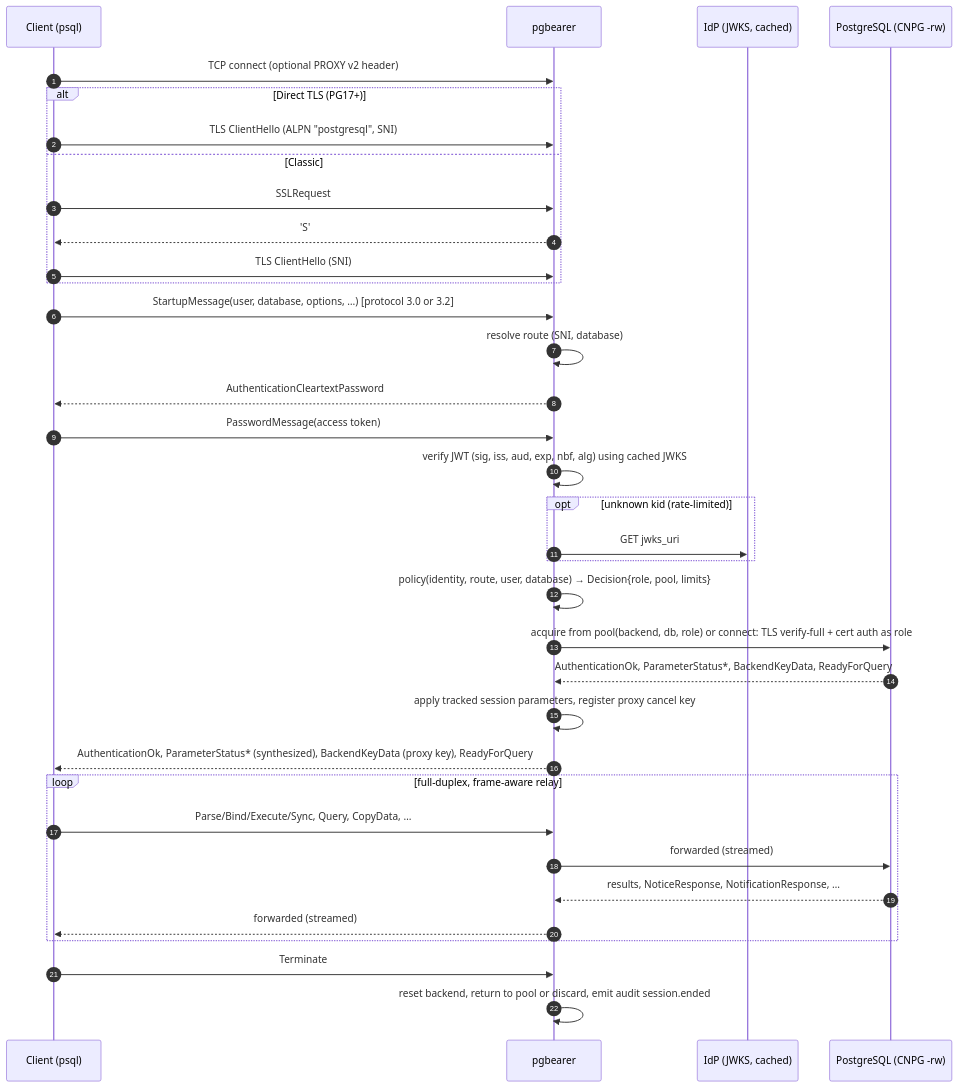
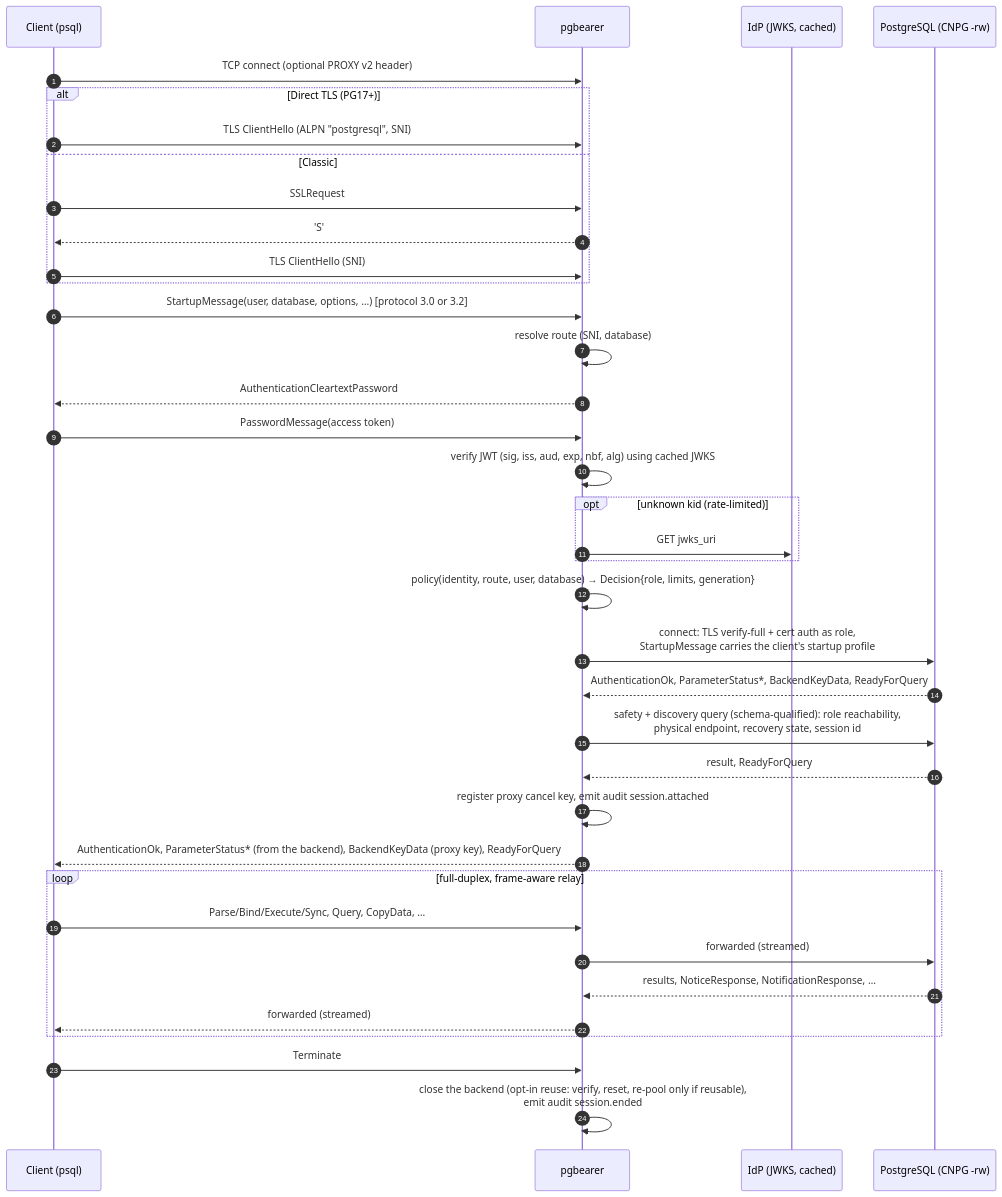
One commit to egkristi/pgbearer changed the third of 4 diagrams in ARCHITECTURE.md. Above: the diagram before and after it, drawn with Mermaid. The commit also changed other lines of this file, not shown here.

First line of the commit message:
Revise the architecture after the design audit

````diff
--- a/ARCHITECTURE.md
+++ b/ARCHITECTURE.md
@@ -277,38 +298,40 @@
 ```mermaid
 sequenceDiagram
     autonumber
     participant C as Client (psql)
     participant P as pgbearer
     participant I as IdP (JWKS, cached)
     participant B as PostgreSQL (CNPG -rw)
 
     C->>P: TCP connect (optional PROXY v2 header)
     alt Direct TLS (PG17+)
         C->>P: TLS ClientHello (ALPN "postgresql", SNI)
     else Classic
         C->>P: SSLRequest
         P-->>C: 'S'
         C->>P: TLS ClientHello (SNI)
     end
     C->>P: StartupMessage(user, database, options, …) [protocol 3.0 or 3.2]
     P->>P: resolve route (SNI, database)
     P-->>C: AuthenticationCleartextPassword
     C->>P: PasswordMessage(access token)
     P->>P: verify JWT (sig, iss, aud, exp, nbf, alg) using cached JWKS
     opt unknown kid (rate-limited)
         P->>I: GET jwks_uri
     end
-    P->>P: policy(identity, route, user, database) → Decision{role, pool, limits}
-    P->>B: acquire from pool(backend, db, role) or connect: TLS verify-full + cert auth as role
+    P->>P: policy(identity, route, user, database) → Decision{role, limits, generation}
+    P->>B: connect: TLS verify-full + cert auth as role,<br/>StartupMessage carries the client's startup profile
     B-->>P: AuthenticationOk, ParameterStatus*, BackendKeyData, ReadyForQuery
-    P->>P: apply tracked session parameters, register proxy cancel key
-    P-->>C: AuthenticationOk, ParameterStatus* (synthesized), BackendKeyData (proxy key), ReadyForQuery
+    P->>B: safety + discovery query (schema-qualified): role reachability,<br/>physical endpoint, recovery state, session id
+    B-->>P: result, ReadyForQuery
+    P->>P: register proxy cancel key, emit audit session.attached
+    P-->>C: AuthenticationOk, ParameterStatus* (from the backend), BackendKeyData (proxy key), ReadyForQuery
     loop full-duplex, frame-aware relay
         C->>P: Parse/Bind/Execute/Sync, Query, CopyData, …
         P->>B: forwarded (streamed)
         B-->>P: results, NoticeResponse, NotificationResponse, …
         P-->>C: forwarded (streamed)
     end
     C->>P: Terminate
-    P->>P: reset backend, return to pool or discard, emit audit session.ended
+    P->>P: close the backend (opt-in reuse: verify, reset, re-pool only if reusable),<br/>emit audit session.ended
 ```
````
